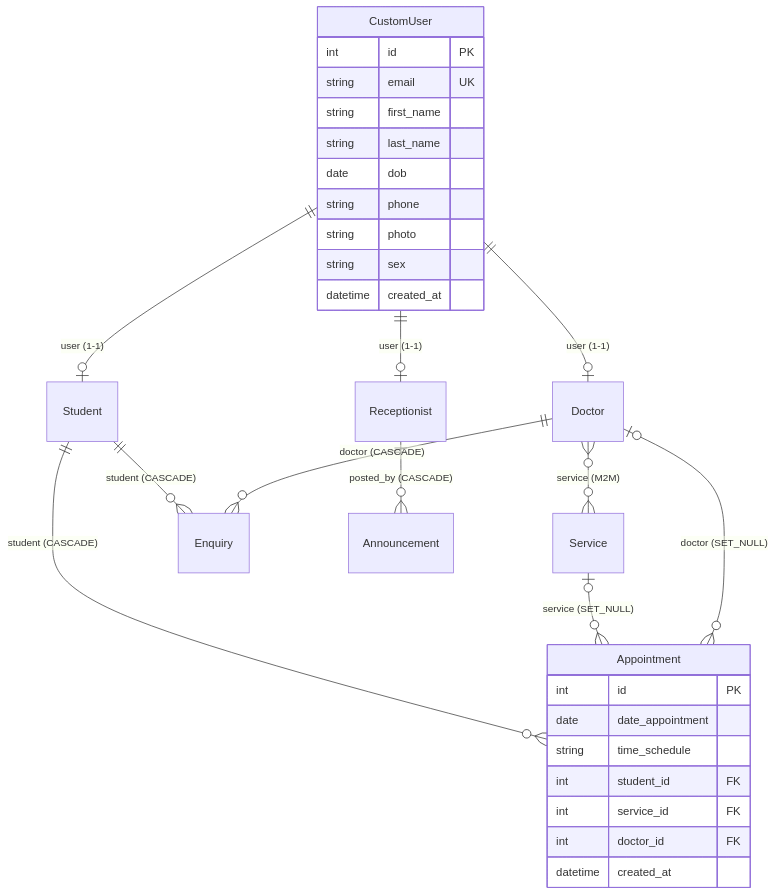
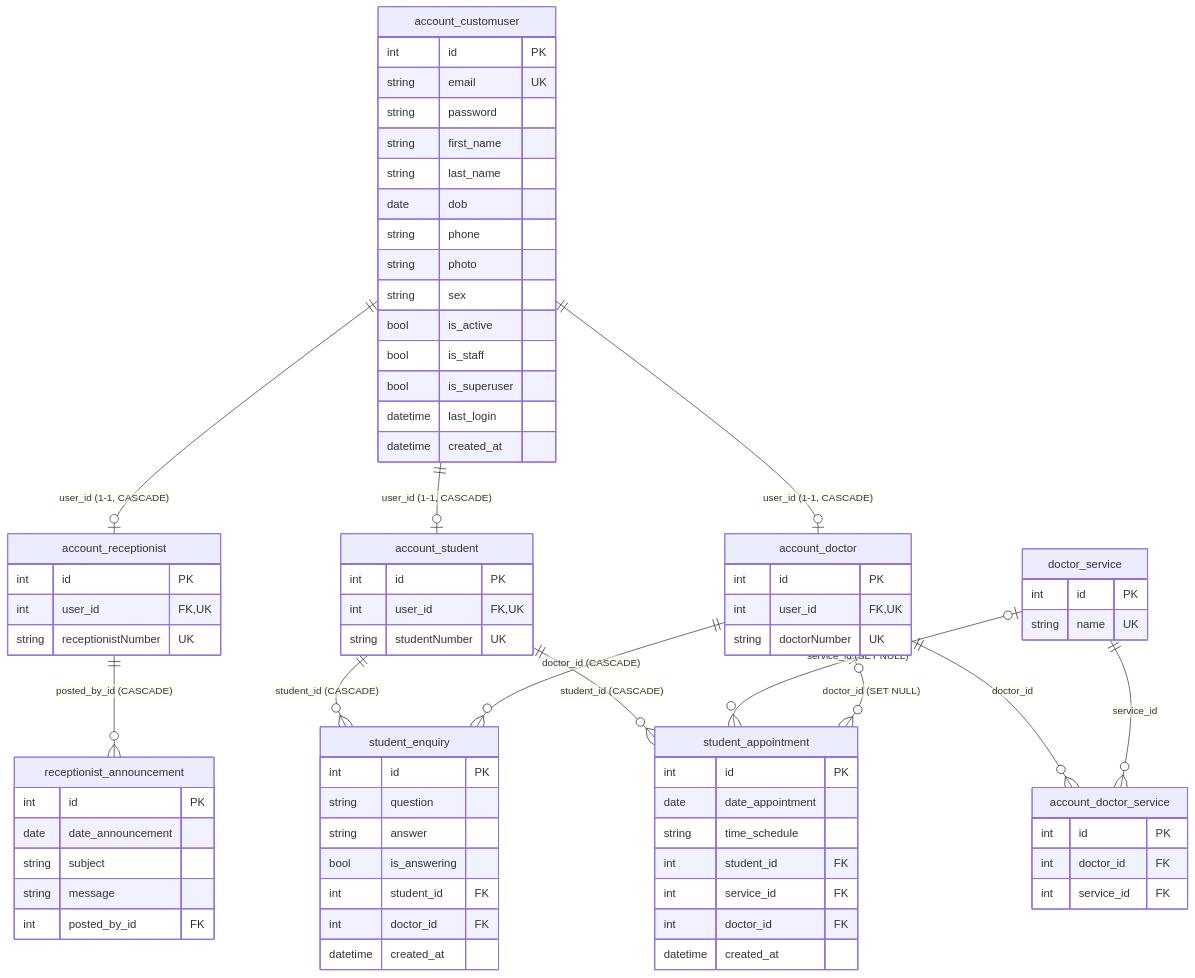
Before and after one commit to gabrielbygas/sams: the diagram in CLAUDE.md, drawn with Mermaid. The commit also changed other lines of this file and 2 other files, not shown here.

Commit message:
Update project docs: MariaDB, least-privilege DB user

````diff
--- a/CLAUDE.md
+++ b/CLAUDE.md
@@ -30,34 +31,80 @@
 ```mermaid
 erDiagram
-    CustomUser ||--o| Student : "user (1-1)"
-    CustomUser ||--o| Doctor : "user (1-1)"
-    CustomUser ||--o| Receptionist : "user (1-1)"
-    Doctor }o--o{ Service : "service (M2M)"
-    Student ||--o{ Appointment : "student (CASCADE)"
-    Service |o--o{ Appointment : "service (SET_NULL)"
-    Doctor |o--o{ Appointment : "doctor (SET_NULL)"
-    Student ||--o{ Enquiry : "student (CASCADE)"
-    Doctor ||--o{ Enquiry : "doctor (CASCADE)"
-    Receptionist ||--o{ Announcement : "posted_by (CASCADE)"
+    account_customuser ||--o| account_student : "user_id (1-1, CASCADE)"
+    account_customuser ||--o| account_doctor : "user_id (1-1, CASCADE)"
+    account_customuser ||--o| account_receptionist : "user_id (1-1, CASCADE)"
+    account_doctor ||--o{ account_doctor_service : "doctor_id"
+    doctor_service ||--o{ account_doctor_service : "service_id"
+    account_student ||--o{ student_appointment : "student_id (CASCADE)"
+    doctor_service |o--o{ student_appointment : "service_id (SET NULL)"
+    account_doctor |o--o{ student_appointment : "doctor_id (SET NULL)"
+    account_student ||--o{ student_enquiry : "student_id (CASCADE)"
+    account_doctor ||--o{ student_enquiry : "doctor_id (CASCADE)"
+    account_receptionist ||--o{ receptionist_announcement : "posted_by_id (CASCADE)"
 
-    CustomUser {
+    account_customuser {
         int id PK
         string email UK
+        string password
         string first_name
         string last_name
         date dob
         string phone
         string photo
         string sex
+        bool is_active
+        bool is_staff
+        bool is_superuser
+        datetime last_login
         datetime created_at
     }
-    Appointment {
+    account_student {
+        int id PK
+        int user_id FK,UK
+        string studentNumber UK
+    }
+    account_doctor {
+        int id PK
+        int user_id FK,UK
+        string doctorNumber UK
+    }
+    account_receptionist {
+        int id PK
+        int user_id FK,UK
+        string receptionistNumber UK
+    }
+    doctor_service {
+        int id PK
+        string name UK
+    }
+    account_doctor_service {
+        int id PK
+        int doctor_id FK
+        int service_id FK
+    }
+    student_appointment {
         int id PK
         date date_appointment
         string time_schedule
         int student_id FK
         int service_id FK
         int doctor_id FK
         datetime created_at
     }
+    student_enquiry {
+        int id PK
+        string question
+        string answer
+        bool is_answering
+        int student_id FK
+        int doctor_id FK
+        datetime created_at
+    }
+    receptionist_announcement {
+        int id PK
+        date date_announcement
+        string subject
+        string message
+        int posted_by_id FK
+    }
 ```
````
